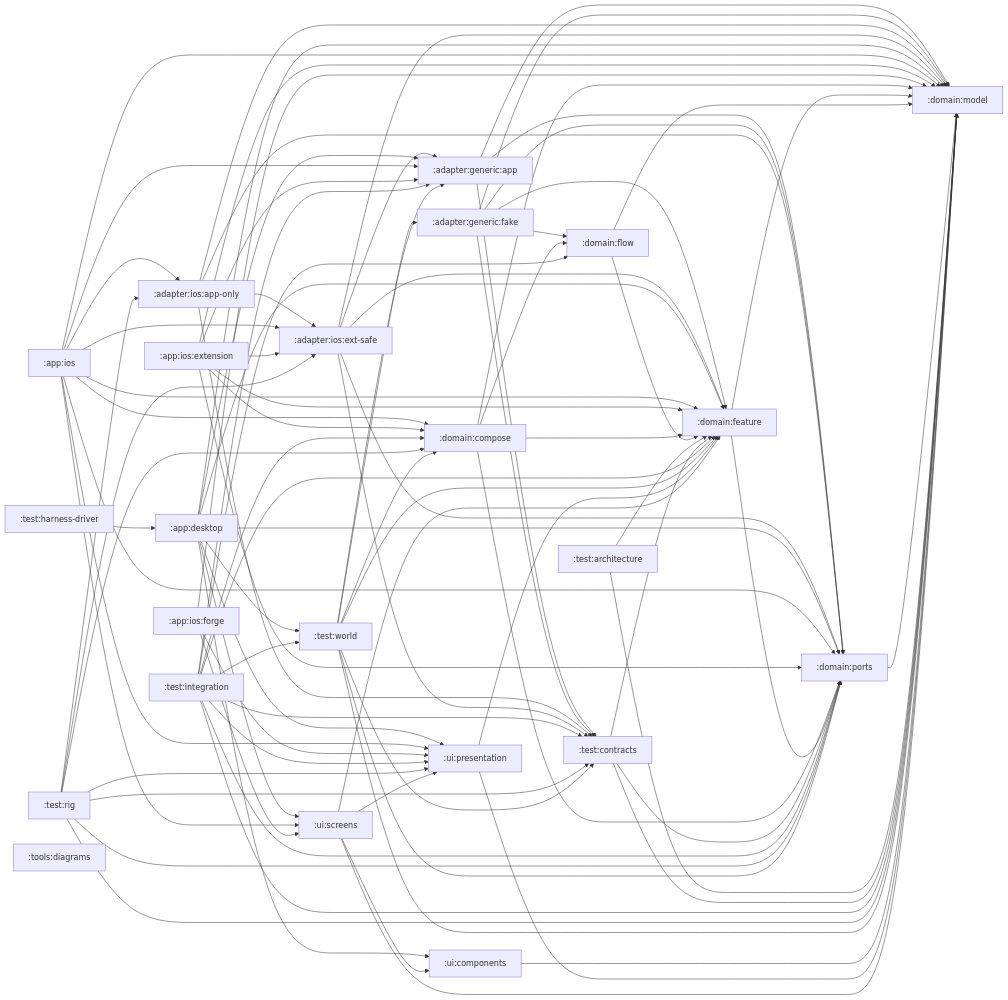
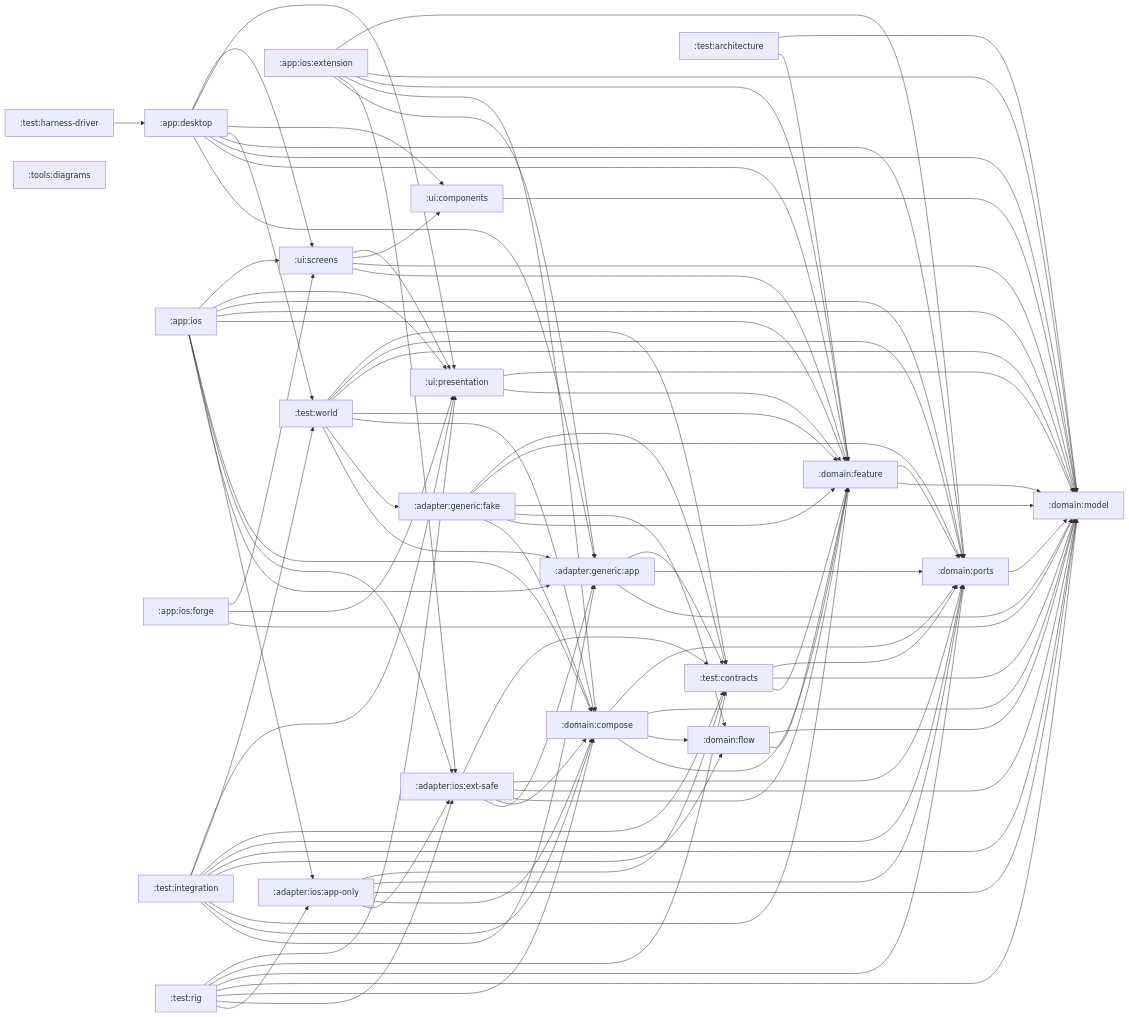
One commit to stefanhoelzl/SnapSync changed the diagram in architecture/modules.md. Above: the diagram before and after it, drawn with Mermaid. The commit also changed 22 other files, not shown here.

```diff
--- a/architecture/modules.md
+++ b/architecture/modules.md
@@ -35,16 +35,19 @@
   adapter_generic_app --> domain_model
   adapter_generic_app --> domain_ports
   adapter_generic_app --> test_contracts
+  adapter_generic_fake --> domain_compose
   adapter_generic_fake --> domain_feature
   adapter_generic_fake --> domain_flow
   adapter_generic_fake --> domain_model
   adapter_generic_fake --> domain_ports
   adapter_generic_fake --> test_contracts
   adapter_ios_app_only --> adapter_ios_ext_safe
+  adapter_ios_app_only --> domain_compose
   adapter_ios_app_only --> domain_model
   adapter_ios_app_only --> domain_ports
   adapter_ios_app_only --> test_contracts
   adapter_ios_ext_safe --> adapter_generic_app
+  adapter_ios_ext_safe --> domain_compose
   adapter_ios_ext_safe --> domain_feature
   adapter_ios_ext_safe --> domain_model
   adapter_ios_ext_safe --> domain_ports
```
